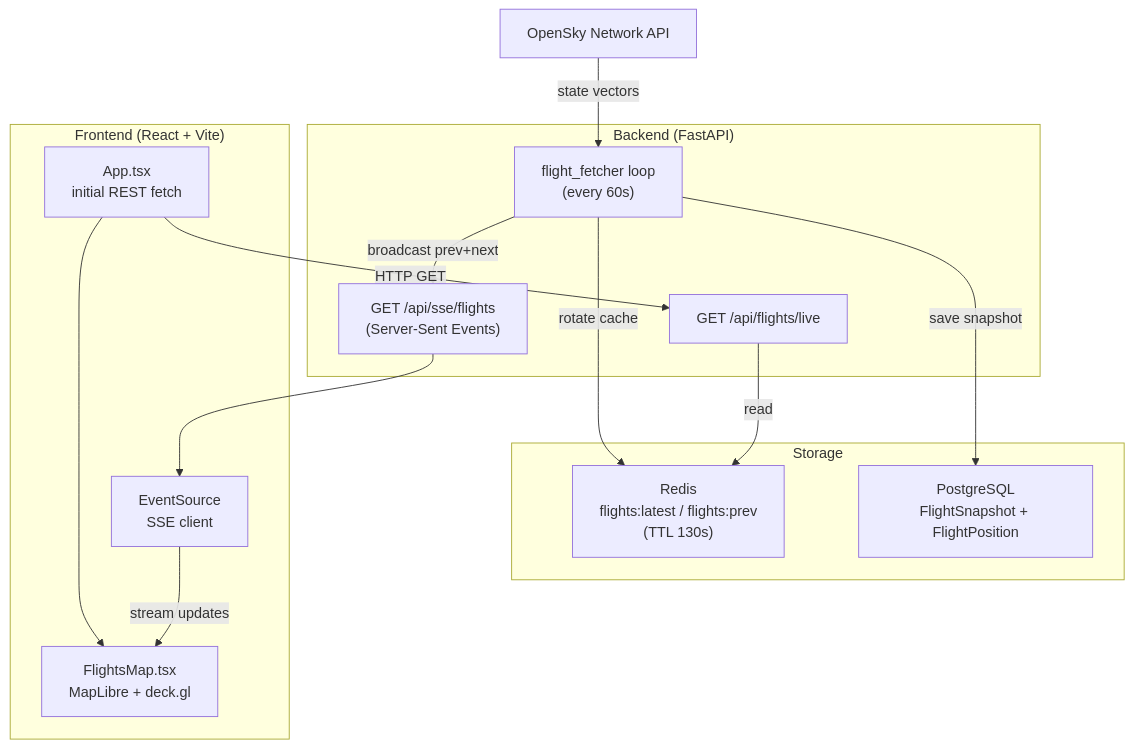
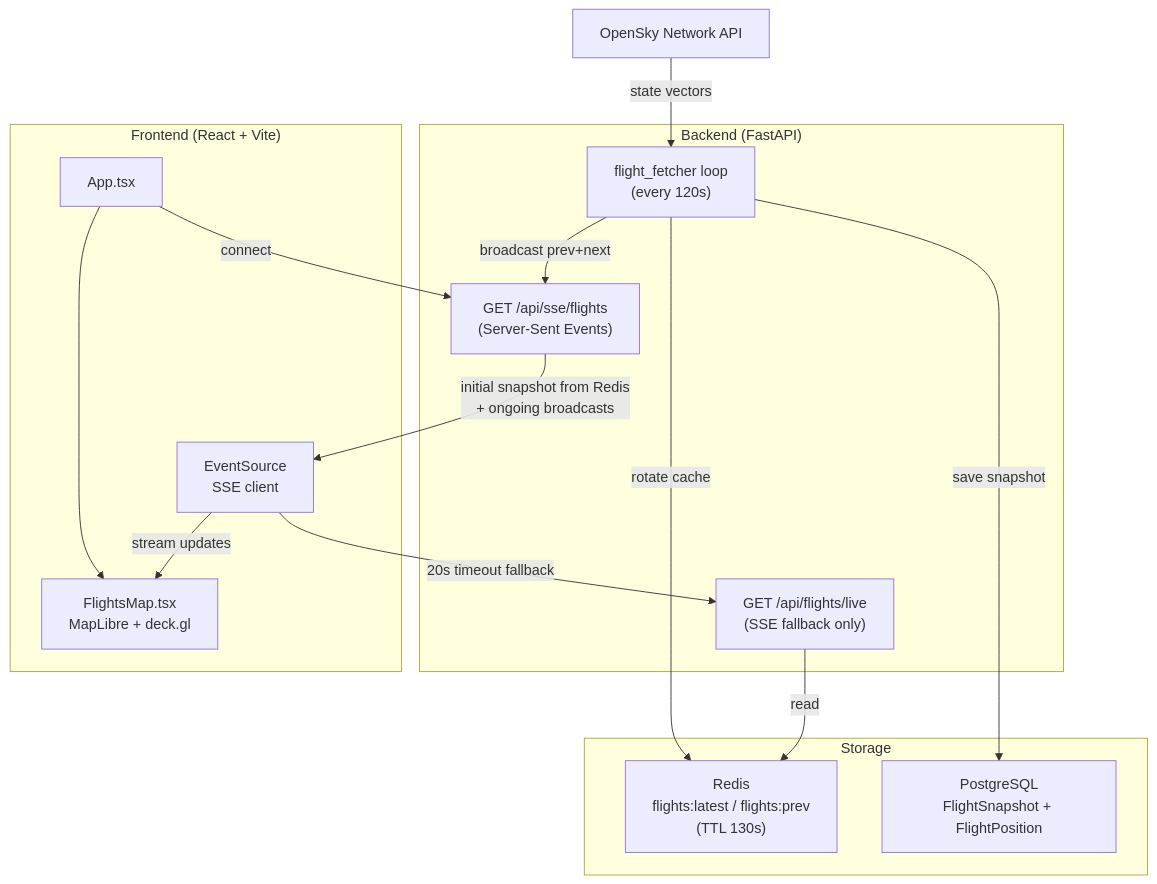
One commit to wiktorspryszynski/flight-scope changed the diagram in README.md. Above: the diagram before and after it, drawn with Mermaid. The commit also changed other lines of this file and 1 other file, not shown here.

Commit message:
Fix README inaccuracies and add SYSTEM_OVERVIEW

````diff
--- a/README.md
+++ b/README.md
@@ -38,31 +38,32 @@
 ```mermaid
 graph TD
     OpenSky["OpenSky Network API"]
 
     subgraph Backend ["Backend (FastAPI)"]
-        Fetcher["flight_fetcher loop\n(every 60s)"]
-        REST["GET /api/flights/live"]
+        Fetcher["flight_fetcher loop\n(every 120s)"]
+        REST["GET /api/flights/live\n(SSE fallback only)"]
         SSE["GET /api/sse/flights\n(Server-Sent Events)"]
     end
 
     subgraph Storage
         Redis["Redis\nflights:latest / flights:prev\n(TTL 130s)"]
         Postgres["PostgreSQL\nFlightSnapshot + FlightPosition"]
     end
 
     subgraph Frontend ["Frontend (React + Vite)"]
-        App["App.tsx\ninitial REST fetch"]
+        App["App.tsx"]
         Map["FlightsMap.tsx\nMapLibre + deck.gl"]
         SSEClient["EventSource\nSSE client"]
     end
 
     OpenSky -->|"state vectors"| Fetcher
     Fetcher -->|"rotate cache"| Redis
     Fetcher -->|"save snapshot"| Postgres
     Fetcher -->|"broadcast prev+next"| SSE
     REST -->|"read"| Redis
-    App -->|"HTTP GET"| REST
+    App -->|"connect"| SSE
+    SSE -->|"initial snapshot from Redis\n+ ongoing broadcasts"| SSEClient
+    SSEClient -->|"20s timeout fallback"| REST
     App --> Map
     SSEClient -->|"stream updates"| Map
-    SSE --> SSEClient
 ```
````
